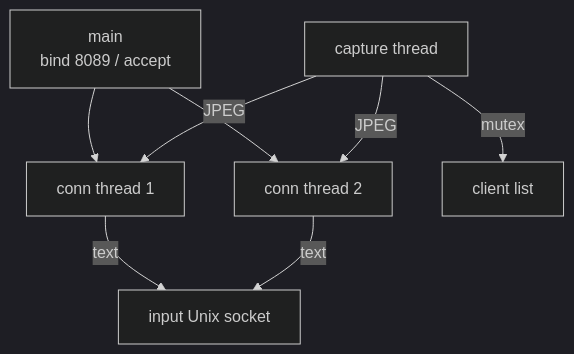
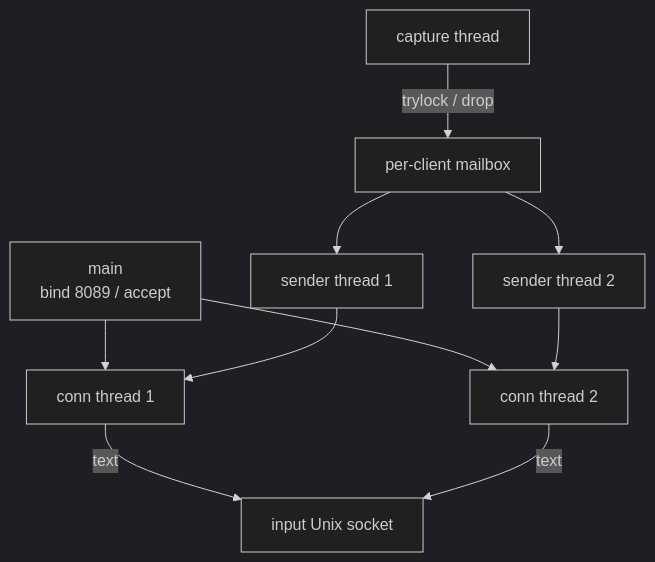
Diagram 16 of 17 in RKDesk/docs/ARCHITECTURE.md (OGpig/RK3576), drawn with Mermaid (dark theme) before and after one commit. The commit also changed other lines of this file and 21 other files, not shown here.

First line of the commit message:
perf(c): hardware JPEG, static-frame skip and client mailboxes

````diff
--- a/RKDesk/docs/ARCHITECTURE.md
+++ b/RKDesk/docs/ARCHITECTURE.md
@@ -593,10 +593,10 @@
 ```mermaid
 flowchart TB
     M["main<br/>bind 8089 / accept"] --> T1["conn thread 1"]
     M --> T2["conn thread 2"]
-    C["capture thread"] -->|mutex| CL["client list"]
     T1 -->|text| IN["input Unix socket"]
     T2 -->|text| IN
-    C -->|JPEG| T1
-    C -->|JPEG| T2
+    C["capture thread"] -->|"trylock / drop"| MB["per-client mailbox"]
+    MB --> S1["sender thread 1"] --> T1
+    MB --> S2["sender thread 2"] --> T2
 ```
````
